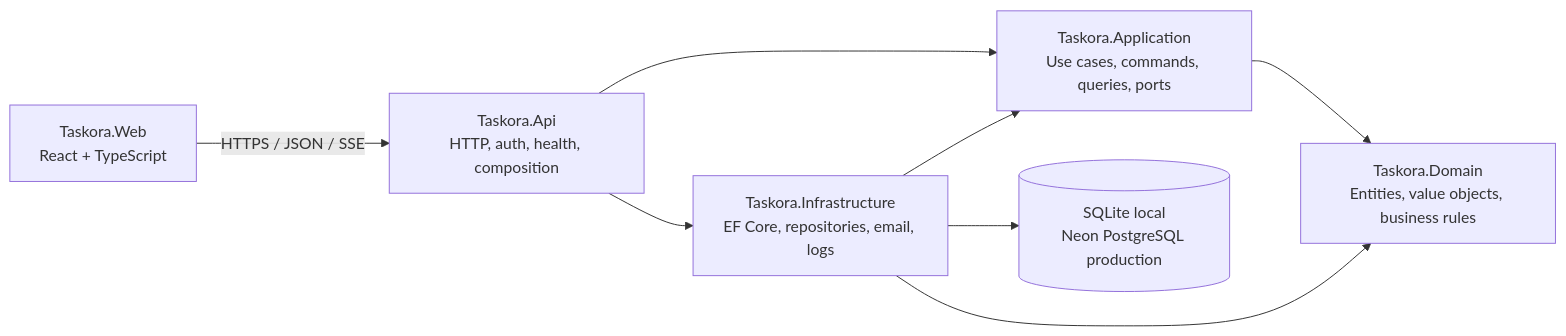
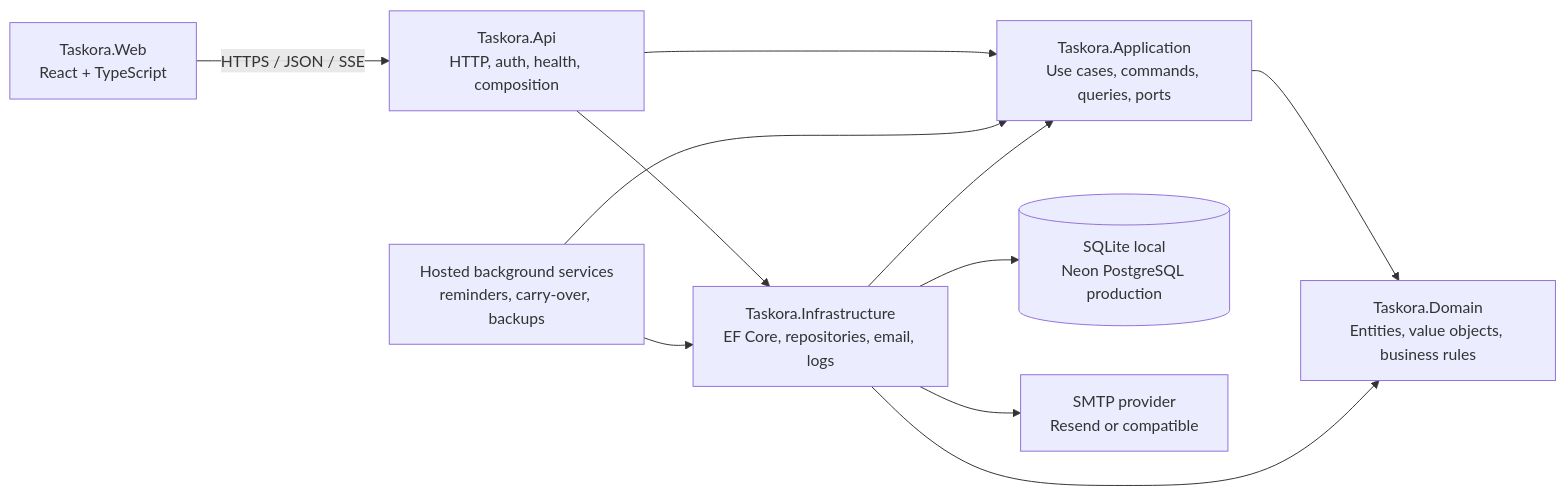
Before and after one commit to bhoyee/TodoApp: the diagram in README.md, drawn with Mermaid. The commit also changed other lines of this file and 2 other files, not shown here.

Commit message:
docs: document hosted background services

````diff
--- a/README.md
+++ b/README.md
@@ -90,17 +92,22 @@
 ```mermaid
 flowchart LR
     Web["Taskora.Web<br/>React + TypeScript"]
     Api["Taskora.Api<br/>HTTP, auth, health, composition"]
+    Jobs["Hosted background services<br/>reminders, carry-over, backups"]
     Application["Taskora.Application<br/>Use cases, commands, queries, ports"]
     Domain["Taskora.Domain<br/>Entities, value objects, business rules"]
     Infrastructure["Taskora.Infrastructure<br/>EF Core, repositories, email, logs"]
     Database[("SQLite local<br/>Neon PostgreSQL production")]
+    Smtp["SMTP provider<br/>Resend or compatible"]
 
     Web -->|HTTPS / JSON / SSE| Api
     Api --> Application
     Api --> Infrastructure
+    Jobs --> Application
+    Jobs --> Infrastructure
     Application --> Domain
     Infrastructure --> Application
     Infrastructure --> Domain
     Infrastructure --> Database
+    Infrastructure --> Smtp
 ```
````
